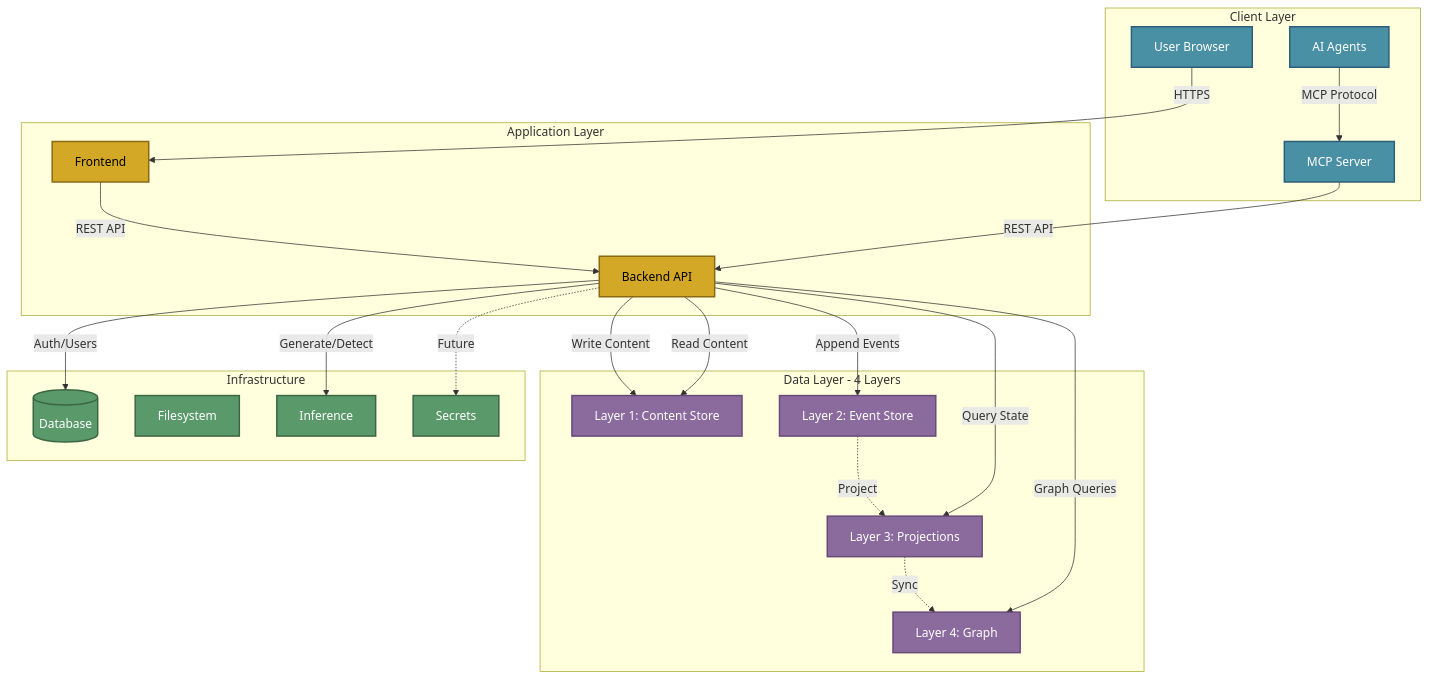
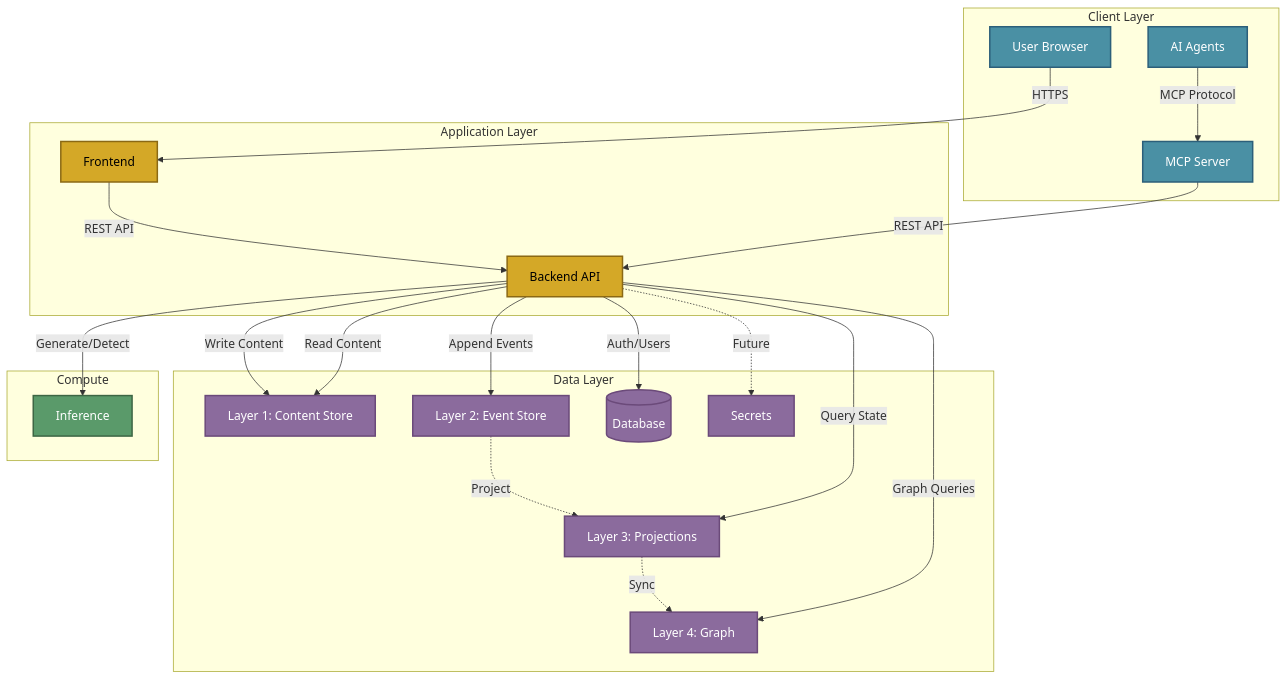
The diagram in docs/ARCHITECTURE.md (The-AI-Alliance/semiont), drawn with Mermaid before and after one commit. The commit also changed other lines of this file, not shown here.

Commit message:
correct diagram

````diff
--- a/docs/ARCHITECTURE.md
+++ b/docs/ARCHITECTURE.md
@@ -23,64 +23,63 @@
 ```mermaid
 graph TB
     subgraph "Client Layer"
         USER[User Browser]
         AI[AI Agents]
         MCP[MCP Server]
     end
 
     subgraph "Application Layer"
         FE[Frontend]
         BE[Backend API]
     end
 
-    subgraph "Data Layer - 4 Layers"
+    subgraph "Data Layer"
         L1[Layer 1: Content Store]
         L2[Layer 2: Event Store]
         L3[Layer 3: Projections]
         L4[Layer 4: Graph]
+        DB[(Database)]
+        SEC[Secrets]
     end
 
-    subgraph "Infrastructure"
-        DB[(Database)]
-        FS[Filesystem]
+    subgraph "Compute"
         INF[Inference]
-        SEC[Secrets]
     end
 
     %% Client connections
     USER -->|HTTPS| FE
     AI -->|MCP Protocol| MCP
 
     %% Application layer
     FE -->|REST API| BE
     MCP -->|REST API| BE
 
     %% Backend to data layers (write path)
     BE -->|Write Content| L1
     BE -->|Append Events| L2
     BE -->|Auth/Users| DB
+    BE -.->|Future| SEC
 
     %% Event-driven flow
     L2 -.->|Project| L3
     L3 -.->|Sync| L4
 
     %% Backend reads
     BE -->|Read Content| L1
     BE -->|Query State| L3
     BE -->|Graph Queries| L4
 
-    %% External services
+    %% Compute services
     BE -->|Generate/Detect| INF
-    BE -.->|Future| SEC
 
     %% Styling - darker fills ensure text contrast in both light and dark modes
     classDef client fill:#4a90a4,stroke:#2c5f7a,stroke-width:2px,color:#fff
     classDef app fill:#d4a827,stroke:#8b6914,stroke-width:2px,color:#000
     classDef data fill:#8b6b9d,stroke:#6b4a7a,stroke-width:2px,color:#fff
-    classDef infra fill:#5a9a6a,stroke:#3d6644,stroke-width:2px,color:#fff
+    classDef compute fill:#5a9a6a,stroke:#3d6644,stroke-width:2px,color:#fff
 
     class USER,AI,MCP client
     class FE,BE app
-    class L1,L2,L3,L4 data
-    class DB,FS,INF,SEC infra
+    class L1,L2,L3,L4,DB,SEC data
+    class INF compute
 ```
````
